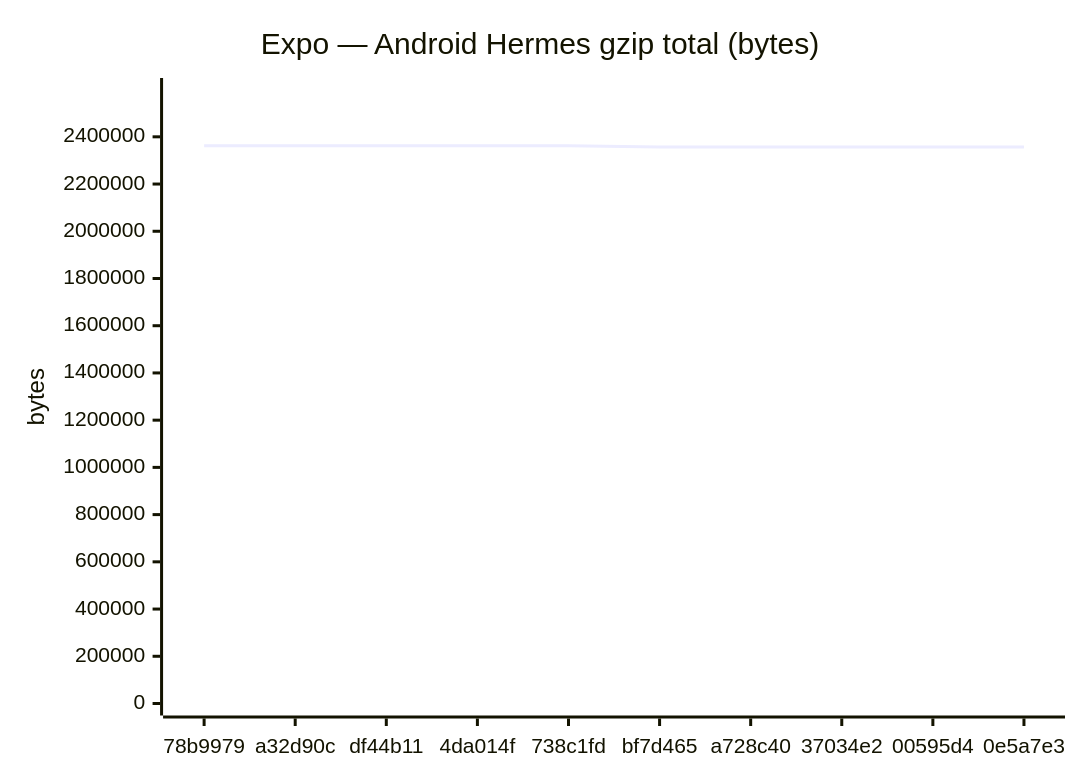
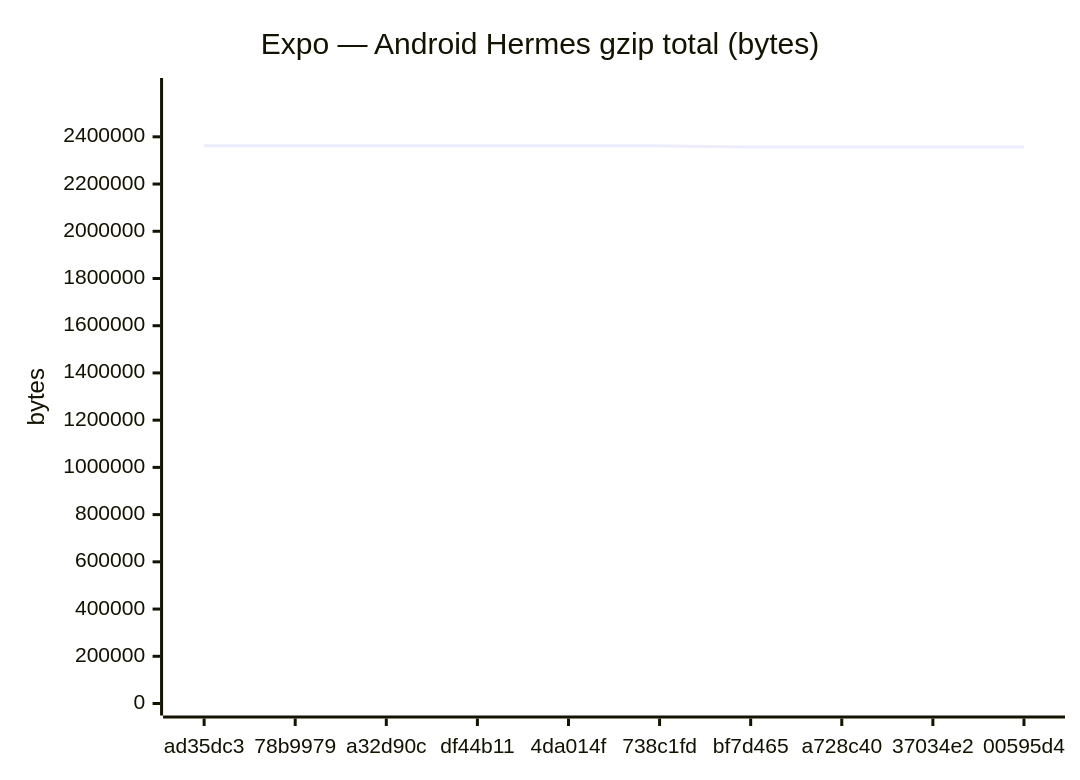
Before and after one commit to Metaheurist/Rianell: the seventh of 24 diagrams in benchmarks/compare.md, drawn with Mermaid. The commit also changed other lines of this file and 12 other files, not shown here.

````diff
--- a/benchmarks/compare.md
+++ b/benchmarks/compare.md
@@ -116,7 +116,7 @@
 ```mermaid
 xychart-beta
     title "Expo — Android Hermes gzip total (bytes)"
-    x-axis ["78b9979", "a32d90c", "df44b11", "4da014f", "738c1fd", "bf7d465", "a728c40", "37034e2", "00595d4", "0e5a7e3"]
+    x-axis ["ad35dc3", "78b9979", "a32d90c", "df44b11", "4da014f", "738c1fd", "bf7d465", "a728c40", "37034e2", "00595d4"]
     y-axis "bytes" 0 --> 2598293
-    line [2362084, 2362047, 2362047, 2362048, 2362047, 2356686, 2356685, 2356472, 2356474, 2356472]
+    line [2362082, 2362084, 2362047, 2362047, 2362048, 2362047, 2356686, 2356685, 2356472, 2356474]
 ```
````
